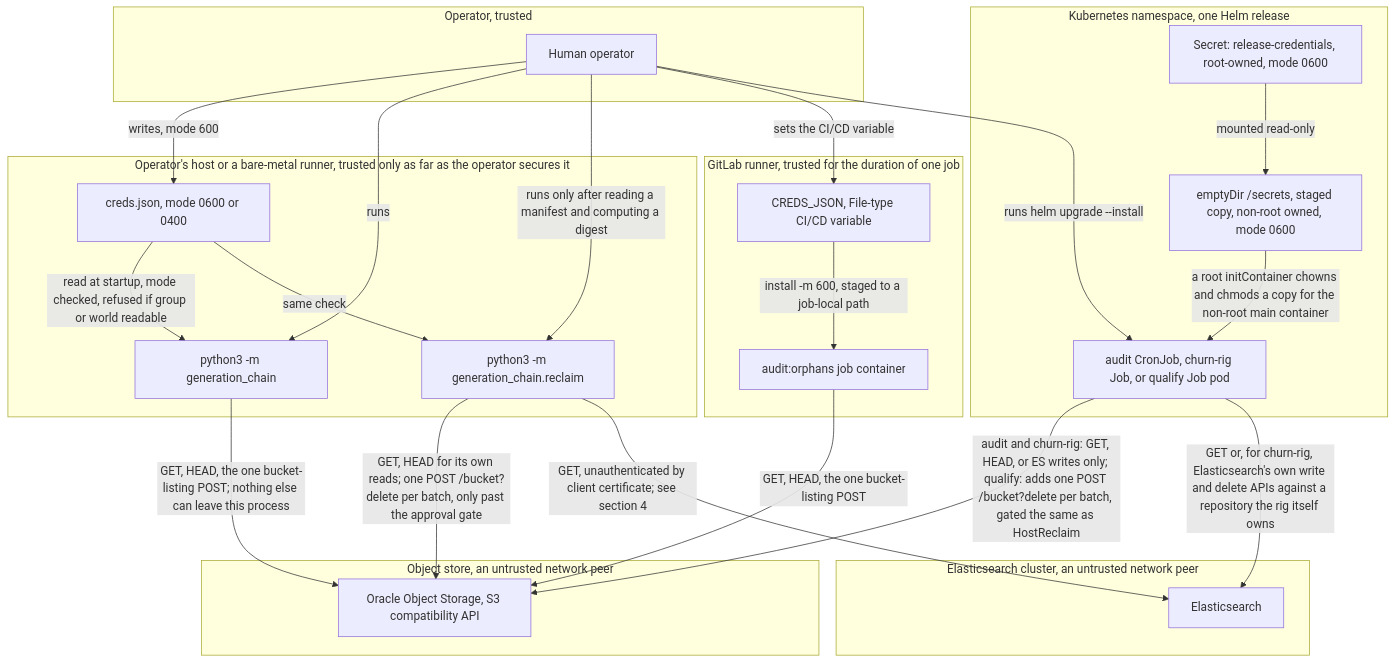
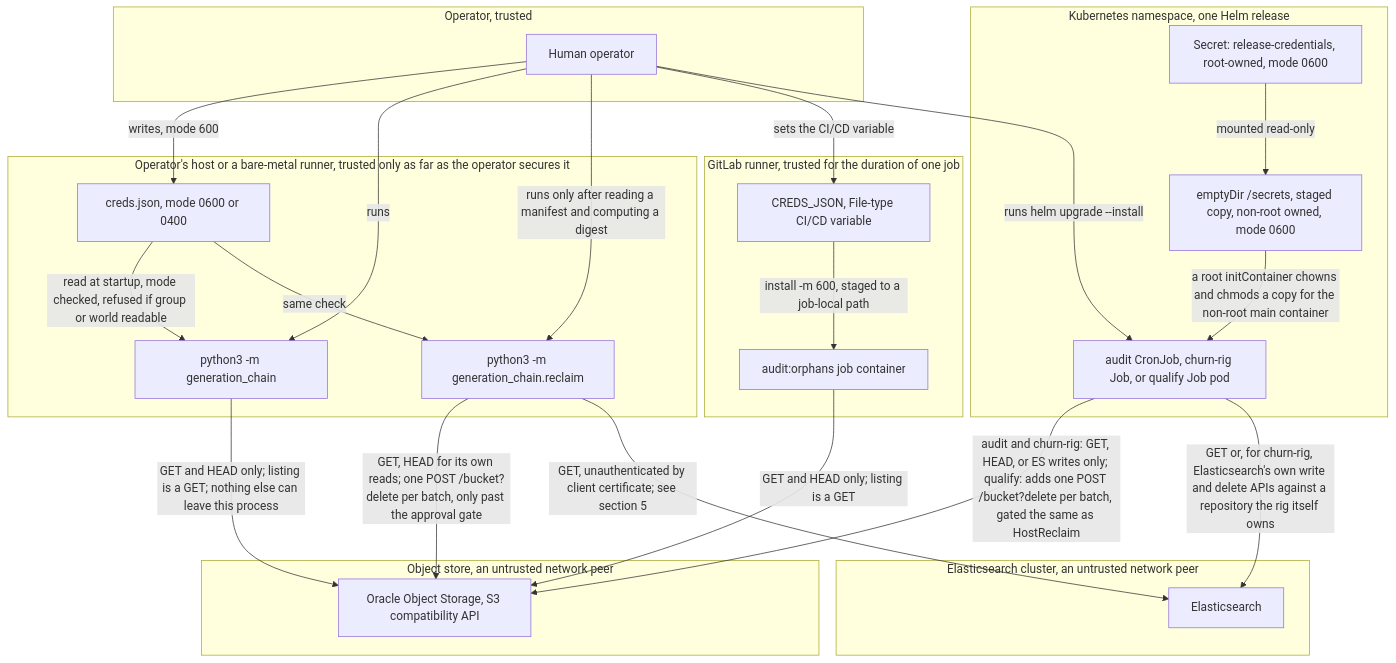
The fifth of 13 diagrams in docs/security/threat-model.md (thanatostyrannos/elasticsearch-oci-s3-workaround), drawn with Mermaid before and after one commit. The commit also changed other lines of this file and 2 other files, not shown here.

````diff
--- a/docs/security/threat-model.md
+++ b/docs/security/threat-model.md
@@ -46,51 +385,51 @@
 ```mermaid
 flowchart TD
     subgraph OperatorZone["Operator, trusted"]
         Operator["Human operator"]
     end
 
     subgraph HostZone["Operator's host or a bare-metal runner, trusted only as far as the operator secures it"]
         HostCredFile["creds.json, mode 0600 or 0400"]
         HostAudit["python3 -m generation_chain"]
         HostReclaim["python3 -m generation_chain.reclaim"]
     end
 
     subgraph CIZone["GitLab runner, trusted for the duration of one job"]
         CIVar["CREDS_JSON, File-type CI/CD variable"]
         CIJob["audit:orphans job container"]
     end
 
     subgraph K8sZone["Kubernetes namespace, one Helm release"]
         K8sSecret["Secret: release-credentials, root-owned, mode 0600"]
         K8sEmptyDir["emptyDir /secrets, staged copy, non-root owned, mode 0600"]
         K8sPod["audit CronJob, churn-rig Job, or qualify Job pod"]
     end
 
     subgraph StoreZone["Object store, an untrusted network peer"]
         Store["Oracle Object Storage, S3 compatibility API"]
     end
 
     subgraph ESZone["Elasticsearch cluster, an untrusted network peer"]
         ES["Elasticsearch"]
     end
 
     Operator -->|"writes, mode 600"| HostCredFile
     Operator -->|"runs"| HostAudit
     Operator -->|"runs only after reading a manifest and computing a digest"| HostReclaim
     Operator -->|"sets the CI/CD variable"| CIVar
     Operator -->|"runs helm upgrade --install"| K8sPod
 
     HostCredFile -->|"read at startup, mode checked, refused if group or world readable"| HostAudit
     HostCredFile -->|"same check"| HostReclaim
     CIVar -->|"install -m 600, staged to a job-local path"| CIJob
     K8sSecret -->|"mounted read-only"| K8sEmptyDir
     K8sEmptyDir -->|"a root initContainer chowns and chmods a copy for the non-root main container"| K8sPod
 
-    HostAudit -->|"GET, HEAD, the one bucket-listing POST; nothing else can leave this process"| Store
+    HostAudit -->|"GET and HEAD only; listing is a GET; nothing else can leave this process"| Store
     HostReclaim -->|"GET, HEAD for its own reads; one POST /bucket?delete per batch, only past the approval gate"| Store
-    CIJob -->|"GET, HEAD, the one bucket-listing POST"| Store
+    CIJob -->|"GET and HEAD only; listing is a GET"| Store
     K8sPod -->|"audit and churn-rig: GET, HEAD, or ES writes only; qualify: adds one POST /bucket?delete per batch, gated the same as HostReclaim"| Store
 
-    HostReclaim -->|"GET, unauthenticated by client certificate; see section 4"| ES
+    HostReclaim -->|"GET, unauthenticated by client certificate; see section 5"| ES
     K8sPod -->|"GET or, for churn-rig, Elasticsearch's own write and delete APIs against a repository the rig itself owns"| ES
 ```
````
